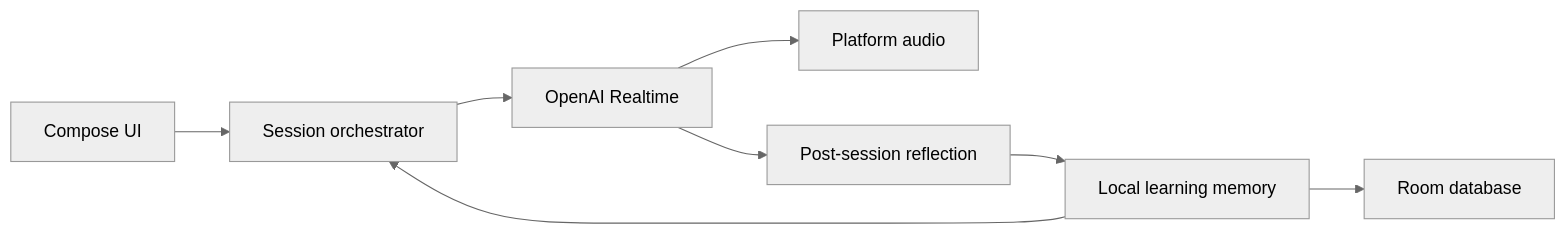
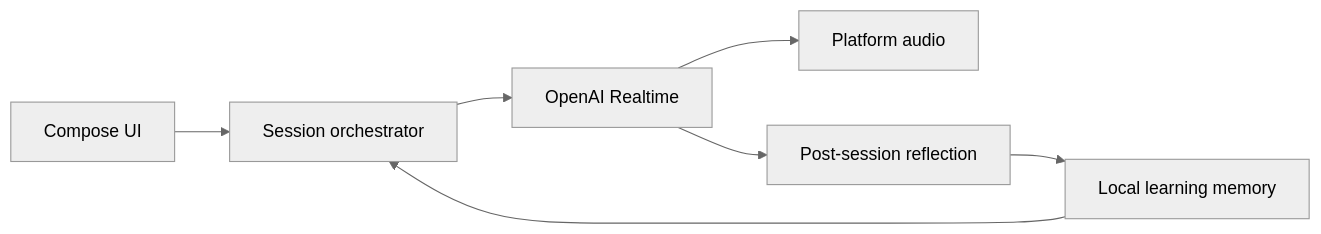
The diagram in README.md (xemniz/langcoach), drawn with Mermaid (neutral theme) before and after one commit. The commit also changed other lines of this file, not shown here.

````diff
--- a/README.md
+++ b/README.md
@@ -41,10 +32,9 @@
 ```mermaid
 flowchart LR
     UI["Compose UI"] --> Session["Session orchestrator"]
     Session --> Realtime["OpenAI Realtime"]
     Realtime --> Audio["Platform audio"]
     Realtime --> Reflection["Post-session reflection"]
     Reflection --> Memory["Local learning memory"]
-    Memory --> Room["Room database"]
     Memory --> Session
 ```
````
